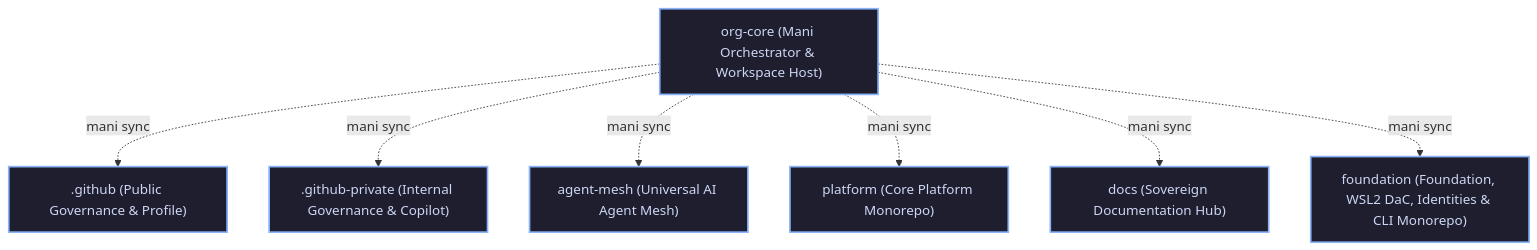
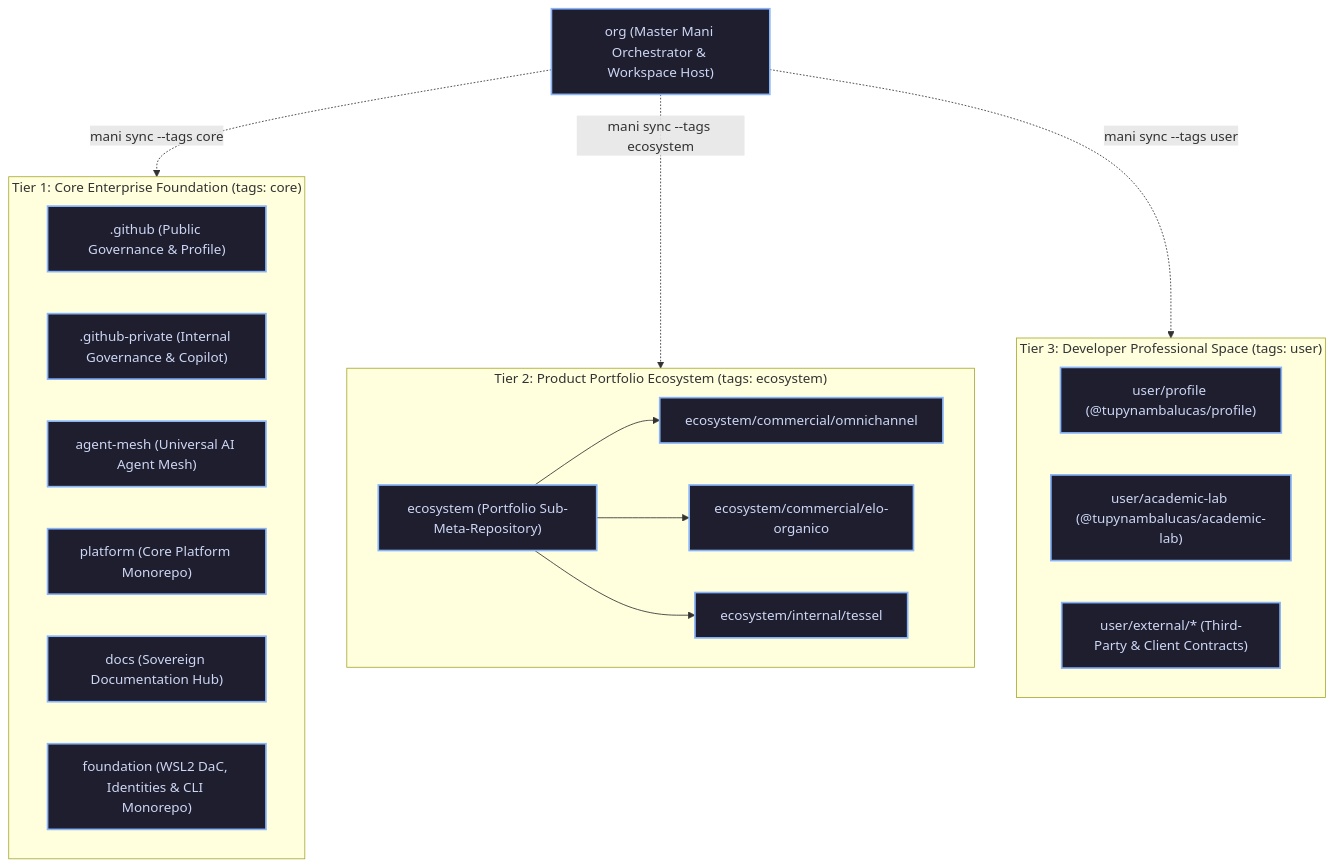
One commit to tupynambalucas-dev/org changed the first of 2 diagrams in README.md. Above: the diagram before and after it, drawn with Mermaid. The commit also changed other lines of this file and 20 other files, not shown here.

First line of the commit message:
refactor(workspace): restructure meta-repository to org and consolidate user namespace (#46)

````diff
--- a/README.md
+++ b/README.md
@@ -11,16 +11,38 @@
 ```mermaid
 flowchart TD
   direction TB
 
-  Host["org-core (Mani Orchestrator & Workspace Host)"]
+  Host["org (Master Mani Orchestrator & Workspace Host)"]
 
-  Host -. "mani sync" .-> Repo1[".github (Public Governance & Profile)"]
-  Host -. "mani sync" .-> Repo2[".github-private (Internal Governance & Copilot)"]
-  Host -. "mani sync" .-> Repo3["agent-mesh (Universal AI Agent Mesh)"]
-  Host -. "mani sync" .-> Repo4["platform (Core Platform Monorepo)"]
-  Host -. "mani sync" .-> Repo5["docs (Sovereign Documentation Hub)"]
-  Host -. "mani sync" .-> Repo6["foundation (Foundation, WSL2 DaC, Identities & CLI Monorepo)"]
+  subgraph Tier1["Tier 1: Core Enterprise Foundation (tags: core)"]
+    Repo1[".github (Public Governance & Profile)"]
+    Repo2[".github-private (Internal Governance & Copilot)"]
+    Repo3["agent-mesh (Universal AI Agent Mesh)"]
+    Repo4["platform (Core Platform Monorepo)"]
+    Repo5["docs (Sovereign Documentation Hub)"]
+    Repo6["foundation (WSL2 DaC, Identities & CLI Monorepo)"]
+  end
+
+  subgraph Tier2["Tier 2: Product Portfolio Ecosystem (tags: ecosystem)"]
+    Eco["ecosystem (Portfolio Sub-Meta-Repository)"]
+    Omni["ecosystem/commercial/omnichannel"]
+    Elo["ecosystem/commercial/elo-organico"]
+    Tessel["ecosystem/internal/tessel"]
+    Eco --> Omni
+    Eco --> Elo
+    Eco --> Tessel
+  end
+
+  subgraph Tier3["Tier 3: Developer Professional Space (tags: user)"]
+    Profile["user/profile (@tupynambalucas/profile)"]
+    AcadLab["user/academic-lab (@tupynambalucas/academic-lab)"]
+    External["user/external/* (Third-Party & Client Contracts)"]
+  end
+
+  Host -. "mani sync --tags core" .-> Tier1
+  Host -. "mani sync --tags ecosystem" .-> Tier2
+  Host -. "mani sync --tags user" .-> Tier3
 
   classDef repo fill:#1e1e2e,stroke:#89b4fa,stroke-width:2px,color:#cdd6f4;
-  class Host,Repo1,Repo2,Repo3,Repo4,Repo5,Repo6 repo;
+  class Host,Repo1,Repo2,Repo3,Repo4,Repo5,Repo6,Eco,Omni,Elo,Tessel,Profile,AcadLab,External repo;
 ```
````
